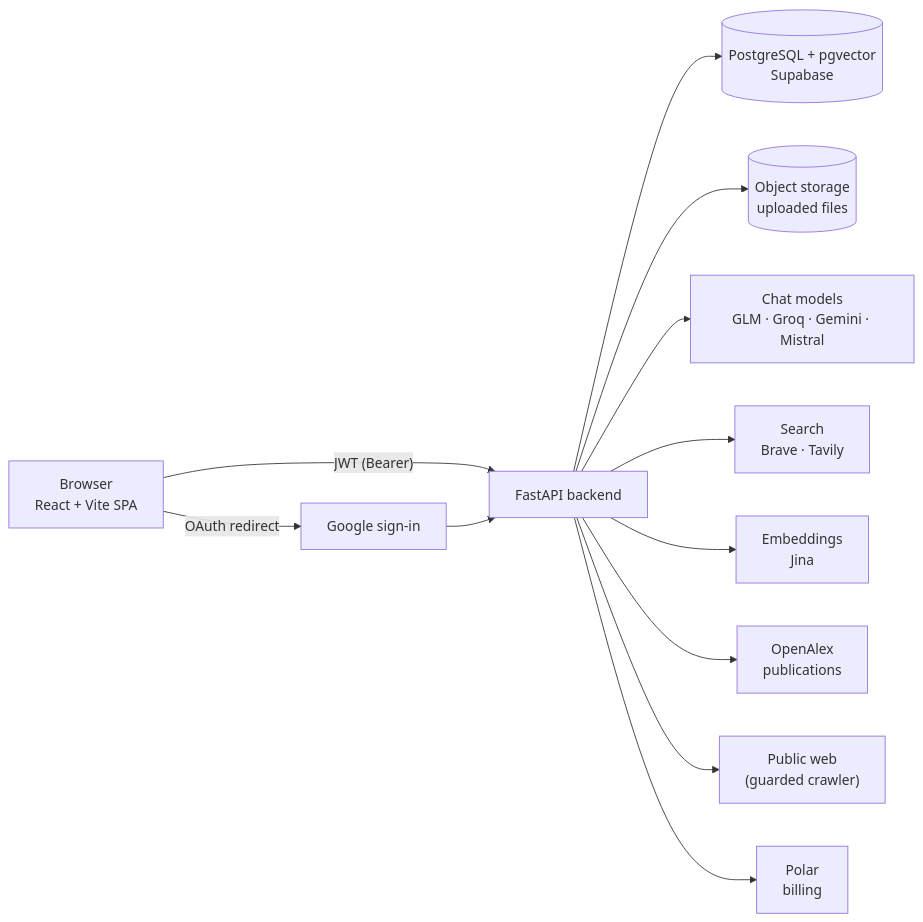
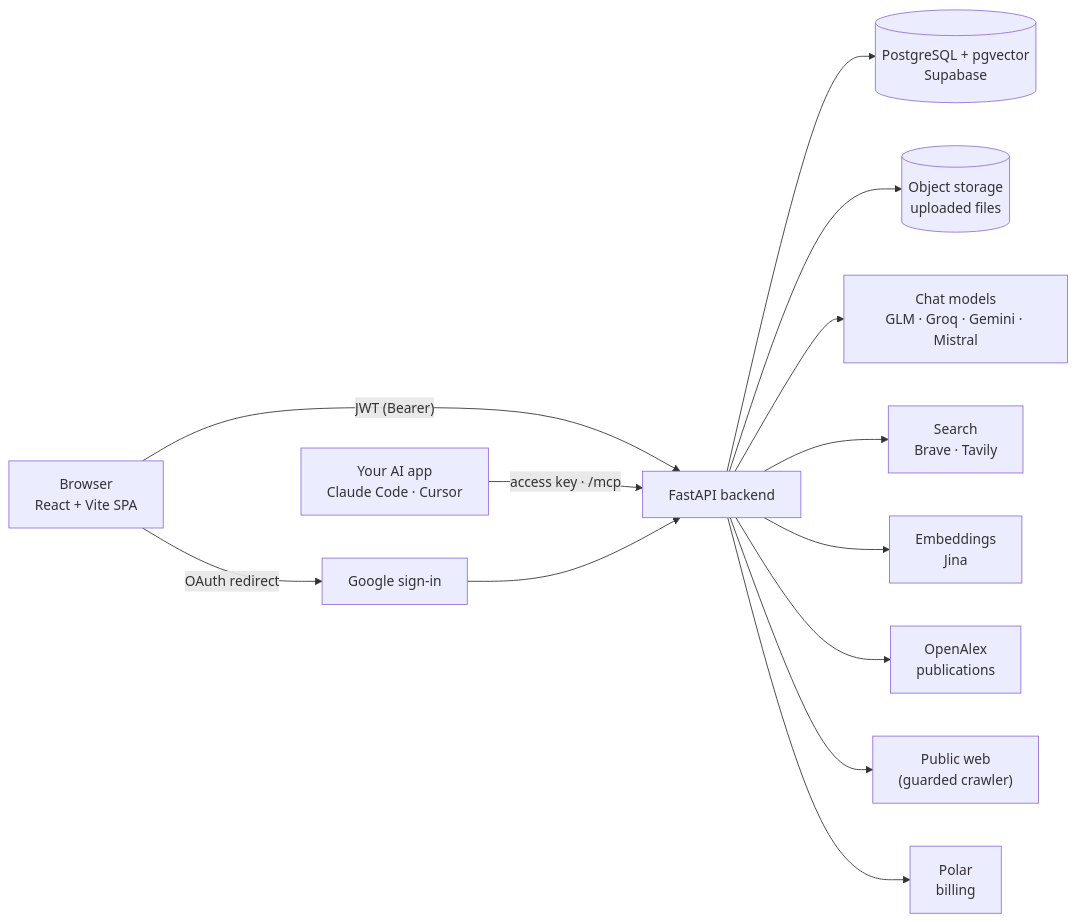
Before and after one commit to fahadPathan7/ScholarDocX: the first of 9 diagrams in README.md, drawn with Mermaid. The commit also changed other lines of this file and 41 other files, not shown here.

````diff
--- a/README.md
+++ b/README.md
@@ -34,14 +35,15 @@
 ```mermaid
 flowchart LR
     U["Browser<br/>React + Vite SPA"] -->|"JWT (Bearer)"| API["FastAPI backend"]
+    X["Your AI app<br/>Claude Code · Cursor"] -->|"access key · /mcp"| API
     API --> DB[("PostgreSQL + pgvector<br/>Supabase")]
     API --> ST[("Object storage<br/>uploaded files")]
     API --> LLM["Chat models<br/>GLM · Groq · Gemini · Mistral"]
     API --> SRCH["Search<br/>Brave · Tavily"]
     API --> EMB["Embeddings<br/>Jina"]
     API --> OA["OpenAlex<br/>publications"]
     API --> WEB["Public web<br/>(guarded crawler)"]
     U -->|"OAuth redirect"| G["Google sign-in"]
     G --> API
     API --> P["Polar<br/>billing"]
 ```
````
